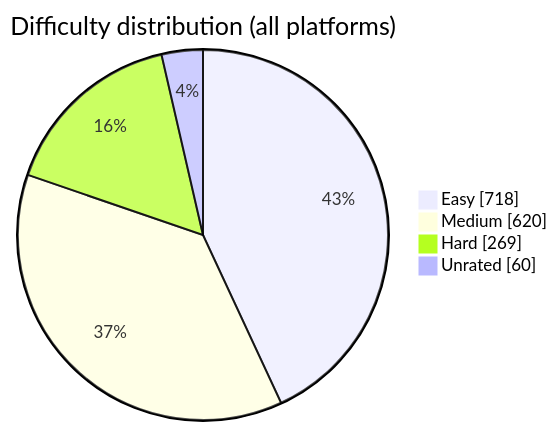
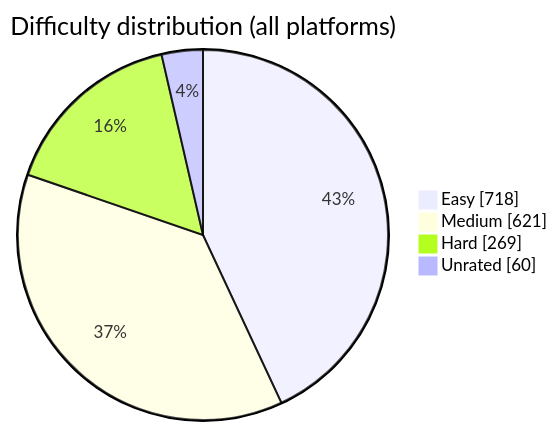
One commit to BuildbyArindam/Daily-Coding-Log changed the diagram in README.md. Above: the diagram before and after it, drawn with Mermaid. The commit also changed other lines of this file, not shown here.

````diff
--- a/README.md
+++ b/README.md
@@ -93,7 +93,7 @@
 ```mermaid
 pie showData title Difficulty distribution (all platforms)
     "Easy" : 718
-    "Medium" : 620
+    "Medium" : 621
     "Hard" : 269
     "Unrated" : 60
 ```
````
